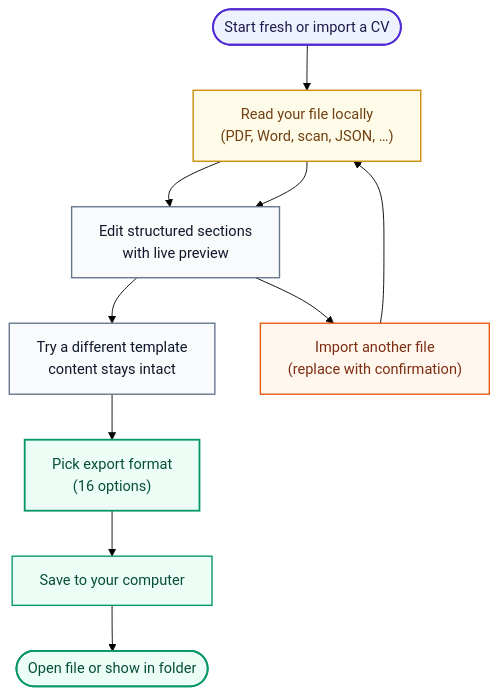
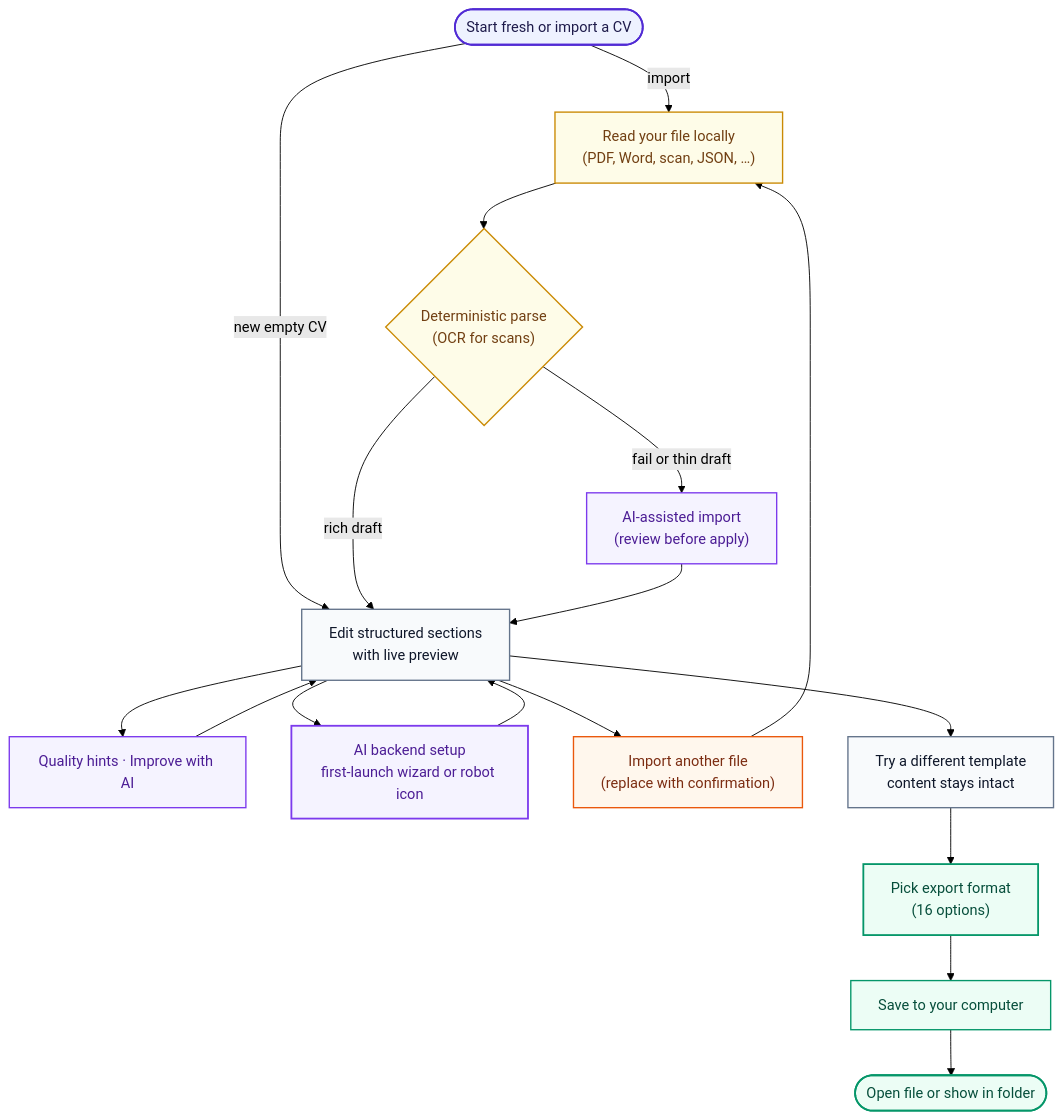
One commit to 01laky/ReVitae changed the first of 2 diagrams in README.md. Above: the diagram before and after it, drawn with Mermaid (forest theme). The commit also changed other lines of this file, not shown here.

First line of the commit message:
Update README with AI workflow diagrams and v0.2.11 status.

````diff
--- a/README.md
+++ b/README.md
@@ -20,23 +20,37 @@
 ```mermaid
 flowchart TD
     start(["Start fresh or import a CV"])
     ingest["Read your file locally\n(PDF, Word, scan, JSON, …)"]
+    parse{"Deterministic parse\n(OCR for scans)"}
+    aiImport["AI-assisted import\n(review before apply)"]
     sections["Edit structured sections\nwith live preview"]
+    hints["Quality hints · Improve with AI"]
+    aiSetup["AI backend setup\nfirst-launch wizard or robot icon"]
     replace["Import another file\n(replace with confirmation)"]
     templates["Try a different template\ncontent stays intact"]
     exportModal["Pick export format\n(16 options)"]
     exportSave["Save to your computer"]
     exportDone(["Open file or show in folder"])
 
-    start --> ingest --> sections --> templates --> exportModal --> exportSave --> exportDone
-    sections --> replace --> ingest --> sections
+    start -->|"import"| ingest --> parse
+    start -->|"new empty CV"| sections
+    parse -->|"rich draft"| sections
+    parse -->|"fail or thin draft"| aiImport --> sections
+    sections --> hints --> sections
+    sections --> aiSetup --> sections
+    sections --> replace --> ingest
+    sections --> templates --> exportModal --> exportSave --> exportDone
 
     style start fill:#eef2ff,stroke:#512BD4,stroke-width:2px,color:#1e1b4b
     style ingest fill:#fefce8,stroke:#ca8a04,stroke-width:1.5px,color:#713f12
+    style parse fill:#fefce8,stroke:#ca8a04,stroke-width:1.5px,color:#713f12
+    style aiImport fill:#f5f3ff,stroke:#7c3aed,stroke-width:1.5px,color:#4c1d95
     style sections fill:#f8fafc,stroke:#64748b,stroke-width:1.5px,color:#0f172a
+    style hints fill:#f5f3ff,stroke:#7c3aed,stroke-width:1.5px,color:#4c1d95
+    style aiSetup fill:#f5f3ff,stroke:#7c3aed,stroke-width:2px,color:#4c1d95
     style replace fill:#fff7ed,stroke:#ea580c,stroke-width:1.5px,color:#7c2d12
     style templates fill:#f8fafc,stroke:#64748b,stroke-width:1.5px,color:#0f172a
     style exportModal fill:#ecfdf5,stroke:#059669,stroke-width:2px,color:#064e3b
     style exportSave fill:#ecfdf5,stroke:#059669,stroke-width:1.5px,color:#064e3b
     style exportDone fill:#ecfdf5,stroke:#059669,stroke-width:2px,color:#064e3b
 ```
````
